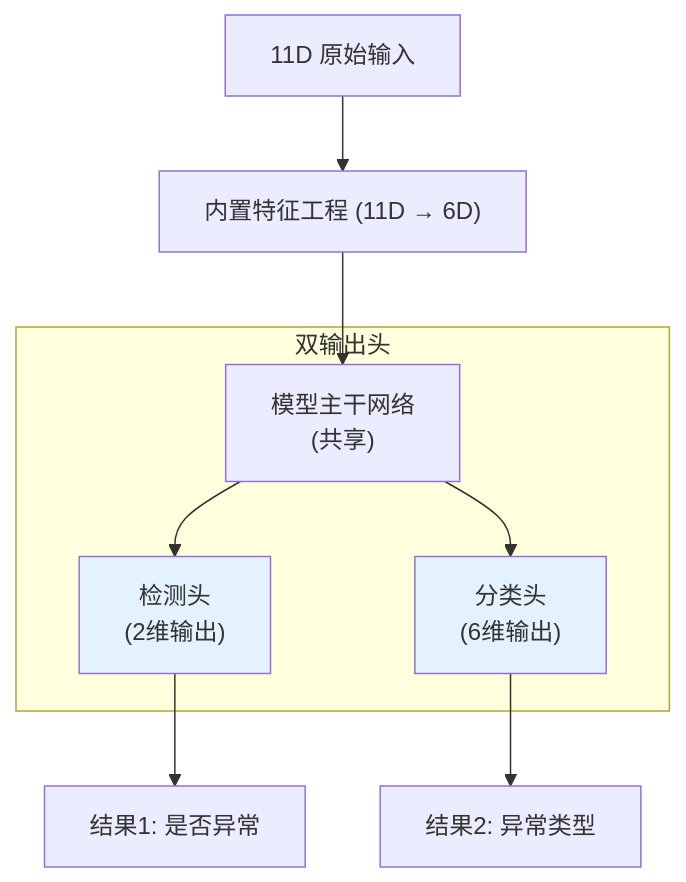
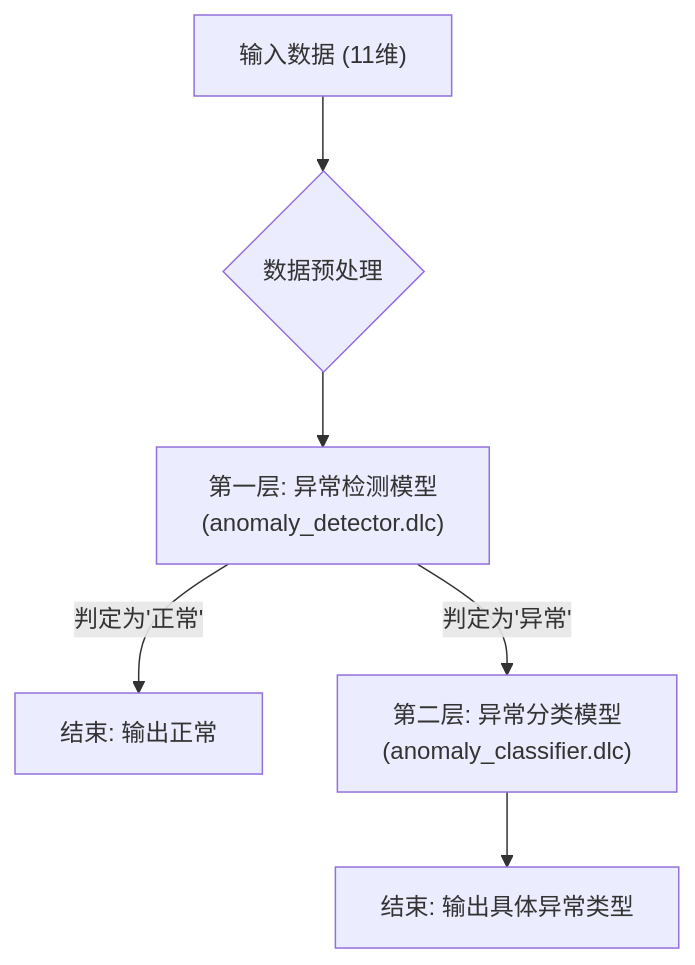
The diagram in README.md (zhangyao23/-1), drawn with Mermaid before and after one commit. The commit also changed other lines of this file and 52 other files, not shown here.

````diff
--- a/README.md
+++ b/README.md
@@ -148,16 +20,15 @@
 ```mermaid
 graph TD
-    Input["11D 原始输入"] --> FE["内置特征工程 (11D → 6D)"];
-    FE --> BN["模型主干网络<br/>(共享)"];
-  
-    subgraph "双输出头"
-        BN --> Head1["检测头<br/>(2维输出)"];
-        BN --> Head2["分类头<br/>(6维输出)"];
-    end
+    A["输入数据 (11维)"]
+    B{"数据预处理"}
+    C["第一层: 异常检测模型<br/>(anomaly_detector.dlc)"]
+    D["结束: 输出正常"]
+    E["第二层: 异常分类模型<br/>(anomaly_classifier.dlc)"]
+    F["结束: 输出具体异常类型"]
 
-    Head1 --> Output1["结果1: 是否异常"];
-    Head2 --> Output2["结果2: 异常类型"];
-
-    style Head1 fill:#e3f2fd
-    style Head2 fill:#e3f2fd
+    A --> B
+    B --> C
+    C -- "判定为'正常'" --> D
+    C -- "判定为'异常'" --> E
+    E --> F
 ```
````
